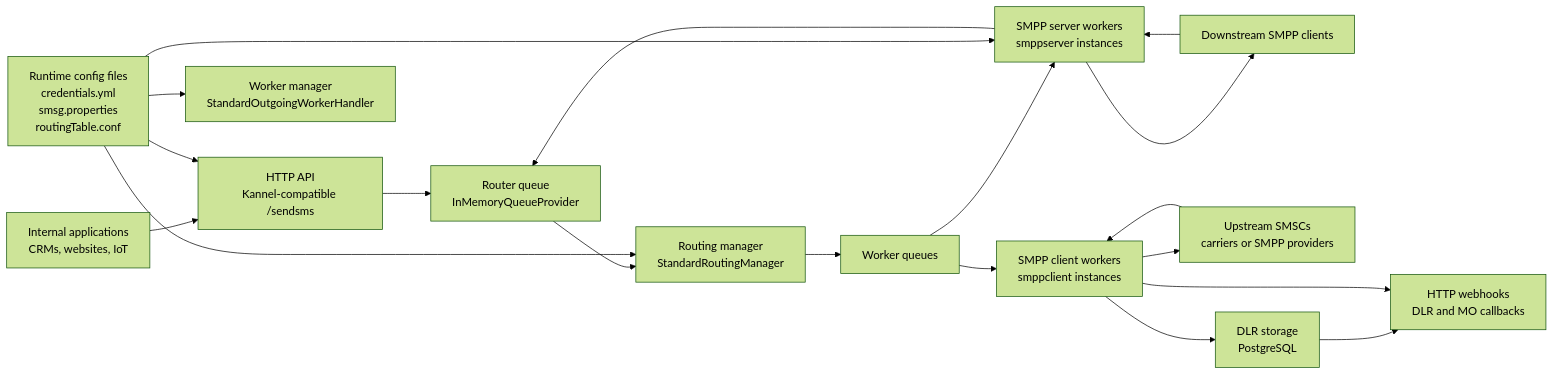
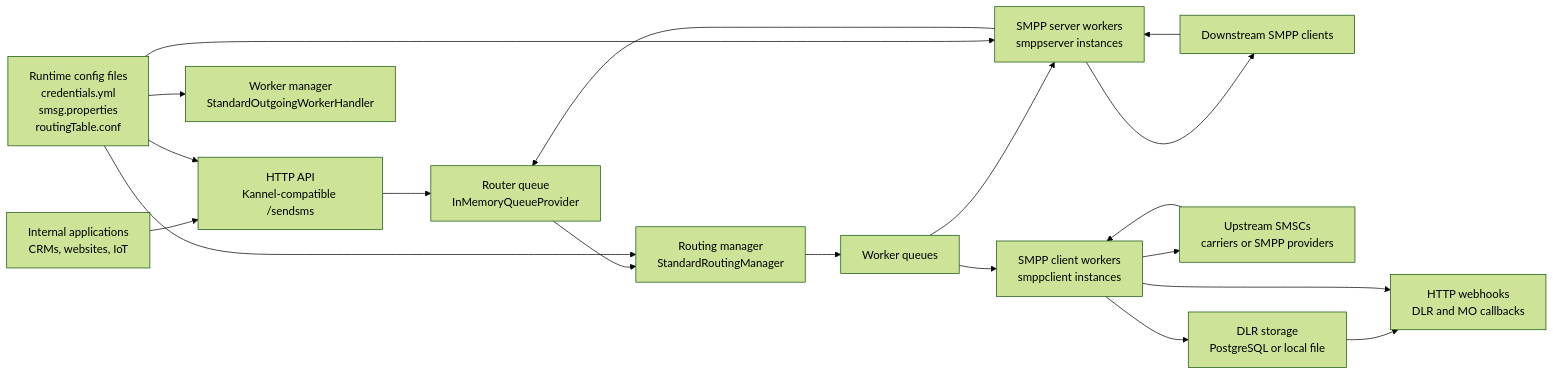
The first of 6 diagrams in docs/01-architecture.md (cytechmobile/sendium), drawn with Mermaid (forest theme) before and after one commit. The commit also changed other lines of this file and 50 other files, not shown here.

First line of the commit message:
feat(dlr): Add opt-in SQLite-backed DLR storage for delivery receipts (#411)

````diff
--- a/docs/01-architecture.md
+++ b/docs/01-architecture.md
@@ -14,35 +14,35 @@
 ```mermaid
 flowchart LR
     apps["Internal applications<br/>CRMs, websites, IoT"]
     downstream[Downstream SMPP clients]
     http["HTTP API<br/>Kannel-compatible /sendsms"]
     smppServer["SMPP server workers<br/>smppserver instances"]
     routerQueue["Router queue<br/>InMemoryQueueProvider"]
     router["Routing manager<br/>StandardRoutingManager"]
     workerManager["Worker manager<br/>StandardOutgoingWorkerHandler"]
     workerQueues[Worker queues]
     smppClients["SMPP client workers<br/>smppclient instances"]
     carriers["Upstream SMSCs<br/>carriers or SMPP providers"]
-    dlrStore["DLR storage<br/>PostgreSQL"]
+    dlrStore["DLR storage<br/>PostgreSQL or local file"]
     webhooks["HTTP webhooks<br/>DLR and MO callbacks"]
     config["Runtime config files<br/>credentials.yml<br/>smsg.properties<br/>routingTable.conf"]
 
     apps --> http
     downstream --> smppServer
     http --> routerQueue
     smppServer --> routerQueue
     routerQueue --> router
     router --> workerQueues
     workerQueues --> smppClients
     workerQueues --> smppServer
     smppClients --> carriers
     carriers --> smppClients
     smppServer --> downstream
     smppClients --> dlrStore
     dlrStore --> webhooks
     smppClients --> webhooks
     config --> http
     config --> smppServer
     config --> workerManager
     config --> router
 ```
````
